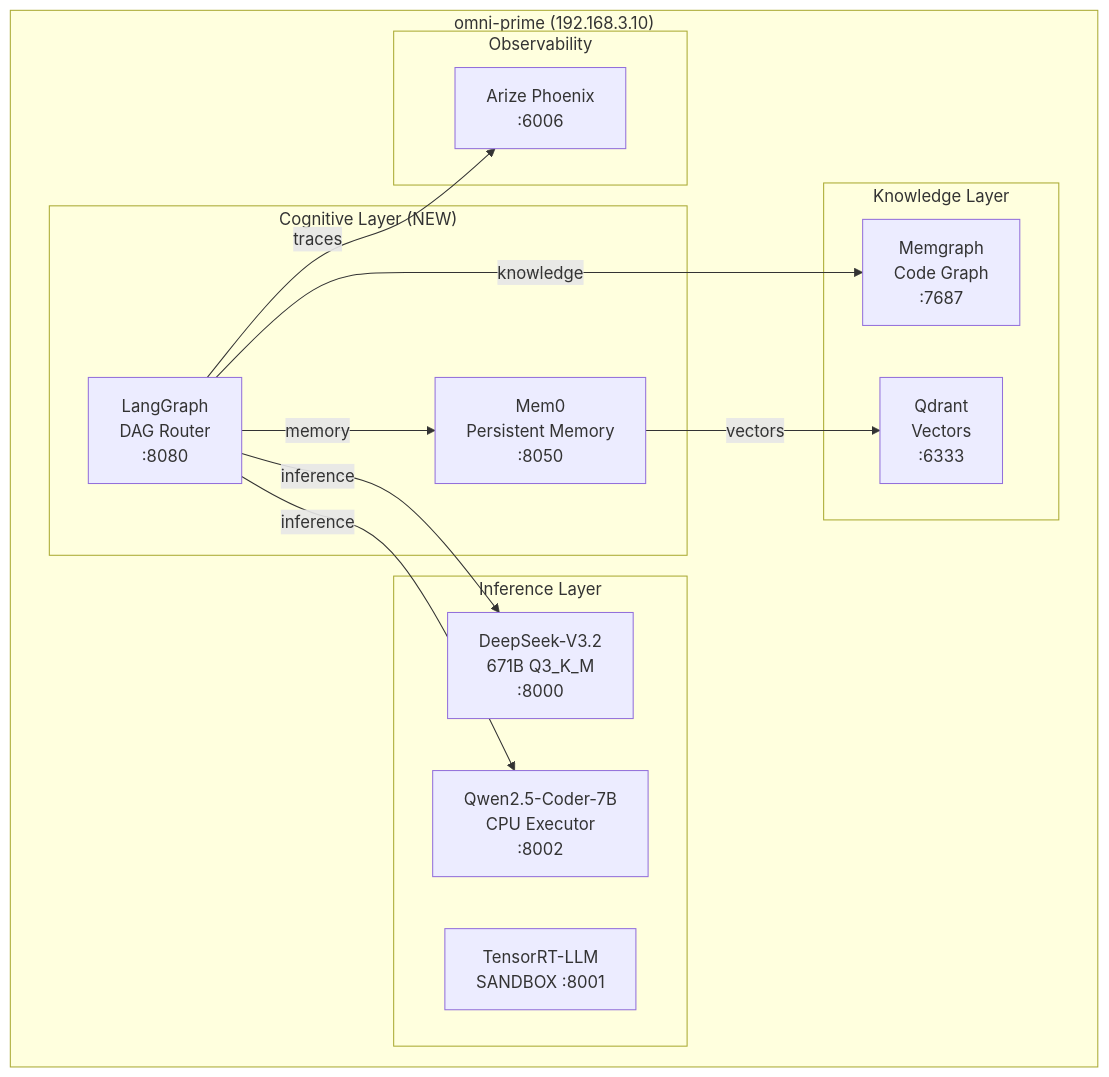
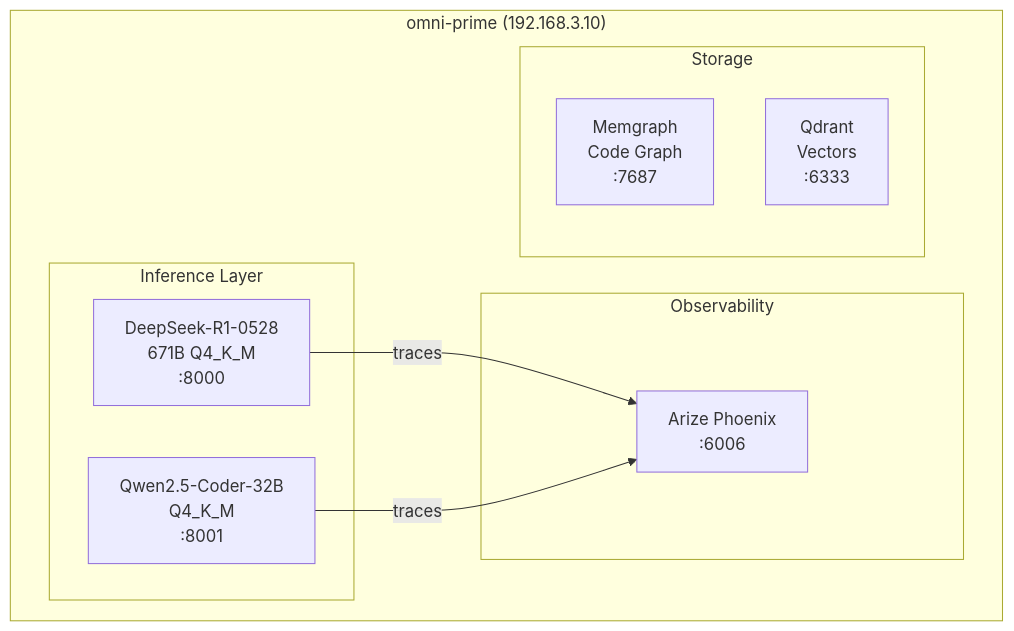
One commit to Bjorgzz/Protocol_Omni changed the diagram in README.md. Above: the diagram before and after it, drawn with Mermaid. The commit also changed other lines of this file and 31 other files, not shown here.

````diff
--- a/README.md
+++ b/README.md
@@ -13,31 +13,21 @@
 ```mermaid
 graph TB
     subgraph "omni-prime (192.168.3.10)"
         subgraph "Inference Layer"
-            DS["DeepSeek-V3.2<br/>671B Q3_K_M<br/>:8000"]
-            QW["Qwen2.5-Coder-7B<br/>CPU Executor<br/>:8002"]
-            TRT["TensorRT-LLM<br/>SANDBOX :8001"]
-        end
-        
-        subgraph "Cognitive Layer (NEW)"
-            GRAPH["LangGraph<br/>DAG Router<br/>:8080"]
-            MEM0["Mem0<br/>Persistent Memory<br/>:8050"]
-        end
-        
-        subgraph "Knowledge Layer"
-            MG["Memgraph<br/>Code Graph<br/>:7687"]
-            QD["Qdrant<br/>Vectors<br/>:6333"]
+            DS["DeepSeek-R1-0528<br/>671B Q4_K_M<br/>:8000"]
+            QW["Qwen2.5-Coder-32B<br/>Q4_K_M<br/>:8001"]
         end
         
         subgraph "Observability"
             PHX["Arize Phoenix<br/>:6006"]
         end
+        
+        subgraph "Storage"
+            MG["Memgraph<br/>Code Graph<br/>:7687"]
+            QD["Qdrant<br/>Vectors<br/>:6333"]
+        end
     end
     
-    GRAPH -->|traces| PHX
-    GRAPH -->|memory| MEM0
-    GRAPH -->|knowledge| MG
-    MEM0 -->|vectors| QD
-    GRAPH -->|inference| DS
-    GRAPH -->|inference| QW
+    DS -->|traces| PHX
+    QW -->|traces| PHX
 ```
````
